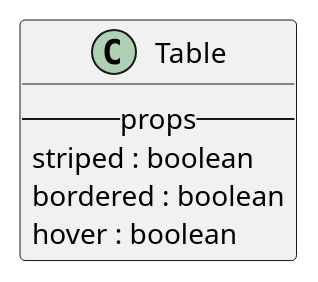
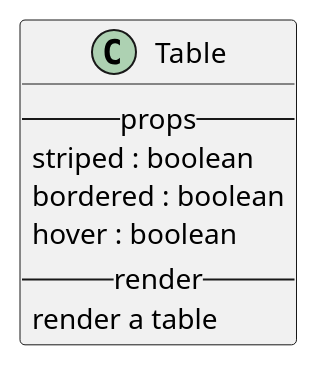
One commit to M9k/Marvin-Uml changed the diagram in react/bootstrap/table.iuml. Above: the diagram before and after it, drawn with PlantUML. The commit also changed 10 other files, not shown here.

```diff
--- a/react/bootstrap/table.iuml
+++ b/react/bootstrap/table.iuml
@@ -1,6 +1,8 @@
 class Table{
     --props--
          striped : boolean
          bordered : boolean
          hover : boolean
+    --render--
+        render a table
 }
```
